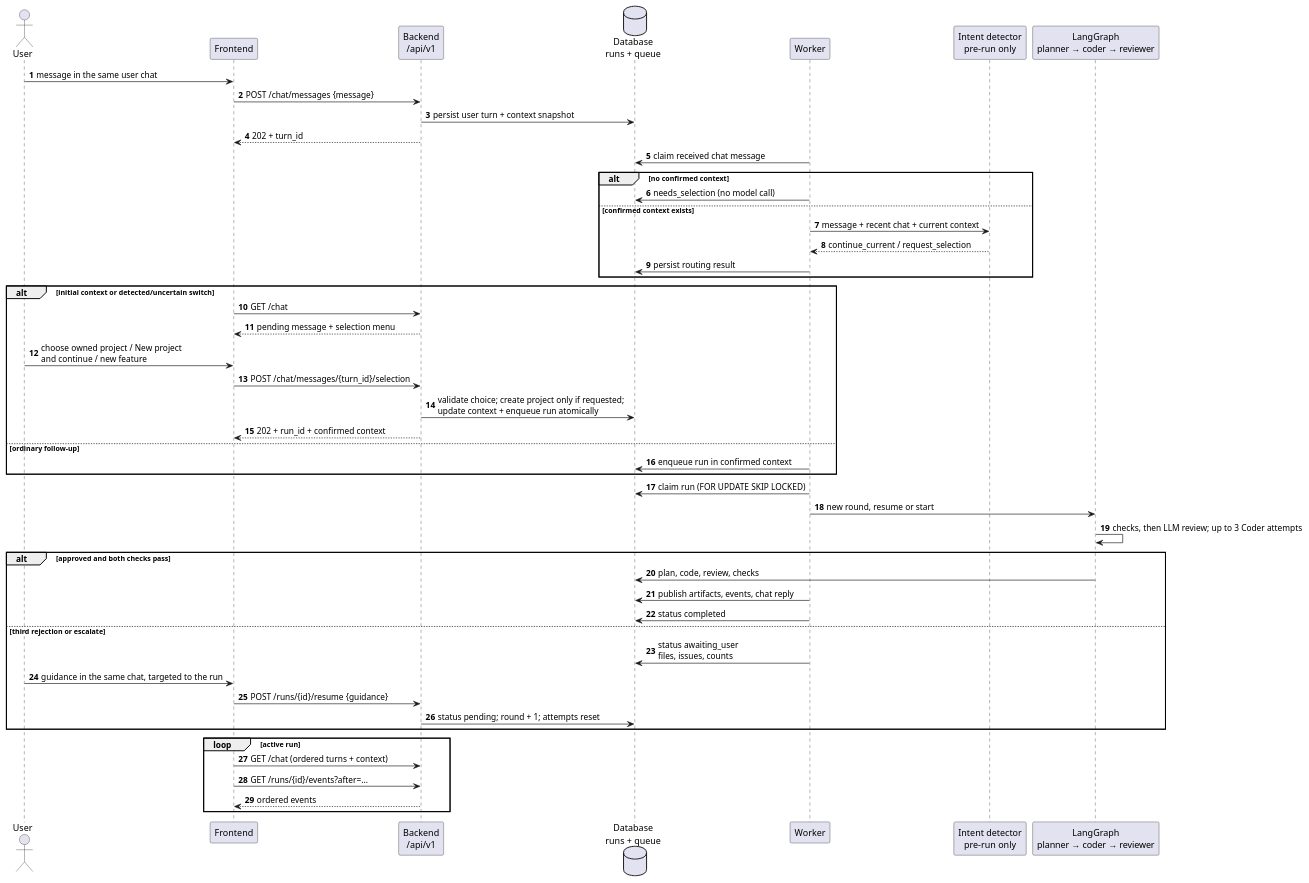
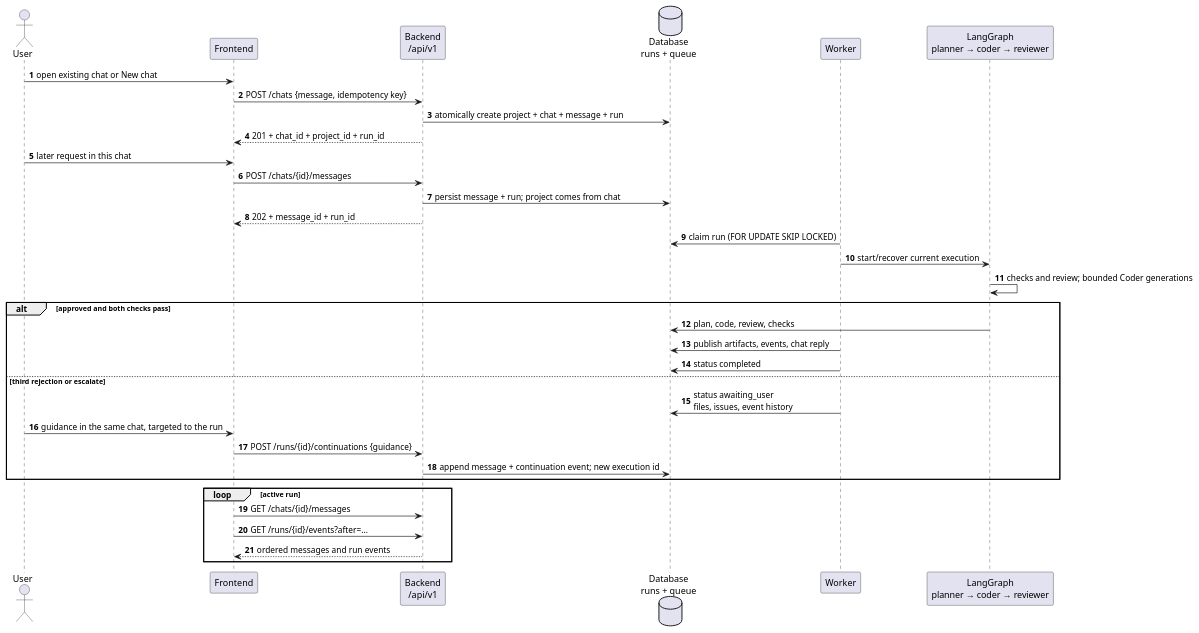
The second of 7 diagrams in docs/architecture.md (gdpe-franco/ai-coding-agent-pipeline), drawn with PlantUML before and after one commit. The commit also changed other lines of this file and 58 other files, not shown here.

Commit message:
refactor: bind projects to chats and unify run history

````diff
--- a/docs/architecture.md
+++ b/docs/architecture.md
@@ -110,56 +109,41 @@
 ```puml
 @startuml
 !pragma layout smetana
 skinparam backgroundColor white
 skinparam shadowing false
 autonumber
 actor User
 participant "Frontend" as fe
 participant "Backend\n/api/v1" as api
 database "Database\nruns + queue" as db
 participant "Worker" as worker
-participant "Intent detector\npre-run only" as detector
 participant "LangGraph\nplanner → coder → reviewer" as graph
 
-User -> fe : message in the same user chat
-fe -> api : POST /chat/messages {message}
-api -> db : persist user turn + context snapshot
-api --> fe : 202 + turn_id
-worker -> db : claim received chat message
-alt no confirmed context
-  worker -> db : needs_selection (no model call)
-else confirmed context exists
-  worker -> detector : message + recent chat + current context
-  detector --> worker : continue_current / request_selection
-  worker -> db : persist routing result
-end
-alt initial context or detected/uncertain switch
-  fe -> api : GET /chat
-  api --> fe : pending message + selection menu
-  User -> fe : choose owned project / New project\nand continue / new feature
-  fe -> api : POST /chat/messages/{turn_id}/selection
-  api -> db : validate choice; create project only if requested;\nupdate context + enqueue run atomically
-  api --> fe : 202 + run_id + confirmed context
-else ordinary follow-up
-  worker -> db : enqueue run in confirmed context
-end
+User -> fe : open existing chat or New chat
+fe -> api : POST /chats {message, idempotency key}
+api -> db : atomically create project + chat + message + run
+api --> fe : 201 + chat_id + project_id + run_id
+User -> fe : later request in this chat
+fe -> api : POST /chats/{id}/messages
+api -> db : persist message + run; project comes from chat
+api --> fe : 202 + message_id + run_id
 worker -> db : claim run (FOR UPDATE SKIP LOCKED)
-worker -> graph : new round, resume or start
-graph -> graph : checks, then LLM review; up to 3 Coder attempts
+worker -> graph : start/recover current execution
+graph -> graph : checks and review; bounded Coder generations
 alt approved and both checks pass
   graph -> db : plan, code, review, checks
   worker -> db : publish artifacts, events, chat reply
   worker -> db : status completed
 else third rejection or escalate
-  worker -> db : status awaiting_user\nfiles, issues, counts
+  worker -> db : status awaiting_user\nfiles, issues, event history
   User -> fe : guidance in the same chat, targeted to the run
-  fe -> api : POST /runs/{id}/resume {guidance}
-  api -> db : status pending; round + 1; attempts reset
+  fe -> api : POST /runs/{id}/continuations {guidance}
+  api -> db : append message + continuation event; new execution id
 end
 loop active run
-  fe -> api : GET /chat (ordered turns + context)
+  fe -> api : GET /chats/{id}/messages
   fe -> api : GET /runs/{id}/events?after=...
-  api --> fe : ordered events
+  api --> fe : ordered messages and run events
 end
 @enduml
 ```
````
